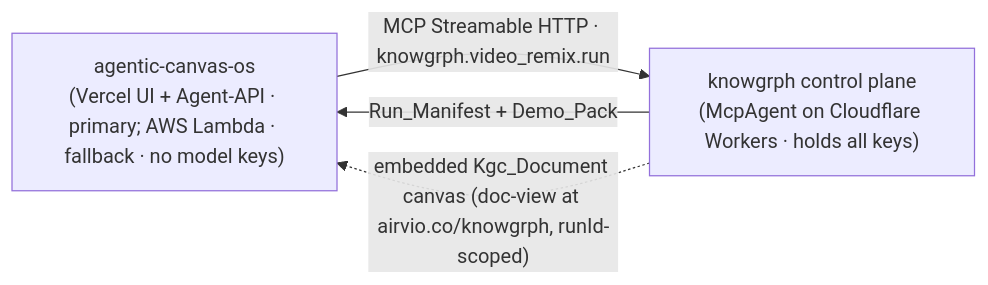
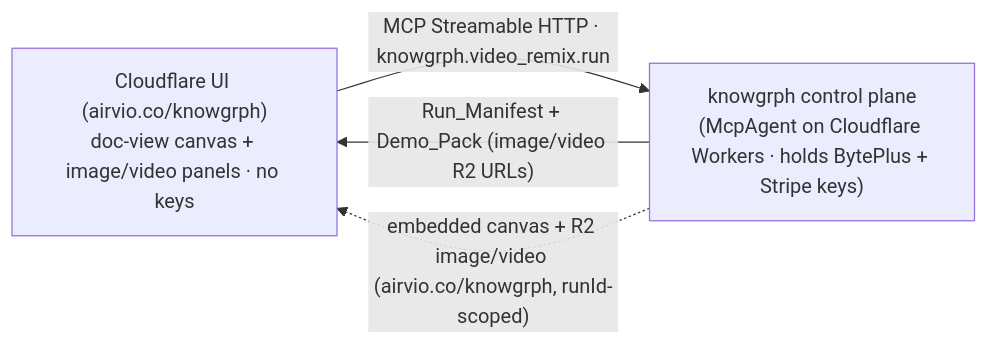
One commit to huijoohwee/huijoohwee changed the fourth of 4 diagrams in docs/knowgrph-mcp-agentic-canvas-os-demo.md. Above: the diagram before and after it, drawn with Mermaid. The commit also changed other lines of this file, not shown here.

Commit message:
docs: refocus ACOS demo on Cloudflare + BytePlus with R2 replay panels

````diff
--- a/docs/knowgrph-mcp-agentic-canvas-os-demo.md
+++ b/docs/knowgrph-mcp-agentic-canvas-os-demo.md
@@ -1034,8 +841,8 @@
 ```mermaid
 flowchart LR
-  acos["agentic-canvas-os<br/>(Vercel UI + Agent-API · primary; AWS Lambda · fallback · no model keys)"]
-  kg["knowgrph control plane<br/>(McpAgent on Cloudflare Workers · holds all keys)"]
-  acos -->|"MCP Streamable HTTP · knowgrph.video_remix.run"| kg
-  kg -->|"Run_Manifest + Demo_Pack"| acos
-  kg -.->|"embedded Kgc_Document canvas (doc-view at airvio.co/knowgrph, runId-scoped)"| acos
+  ui["Cloudflare UI (airvio.co/knowgrph)<br/>doc-view canvas + image/video panels · no keys"]
+  kg["knowgrph control plane<br/>(McpAgent on Cloudflare Workers · holds BytePlus + Stripe keys)"]
+  ui -->|"MCP Streamable HTTP · knowgrph.video_remix.run"| kg
+  kg -->|"Run_Manifest + Demo_Pack (image/video R2 URLs)"| ui
+  kg -.->|"embedded canvas + R2 image/video (airvio.co/knowgrph, runId-scoped)"| ui
 ```
````
